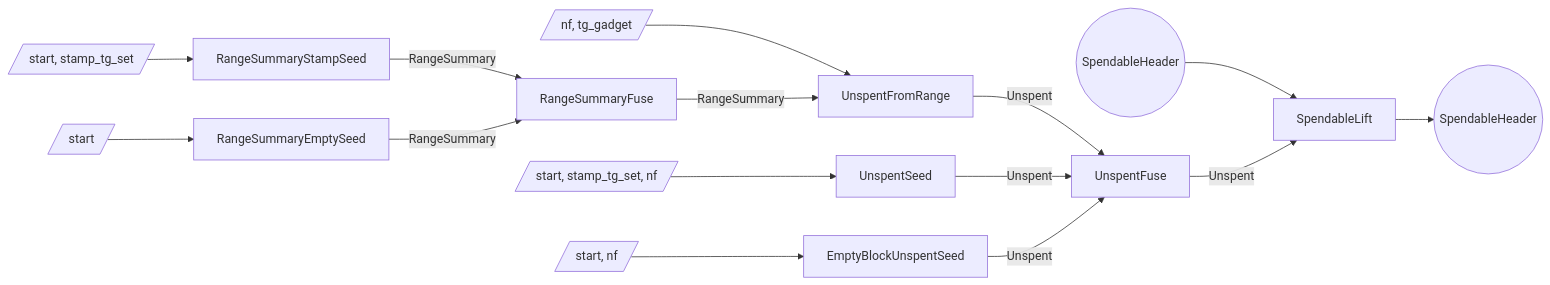
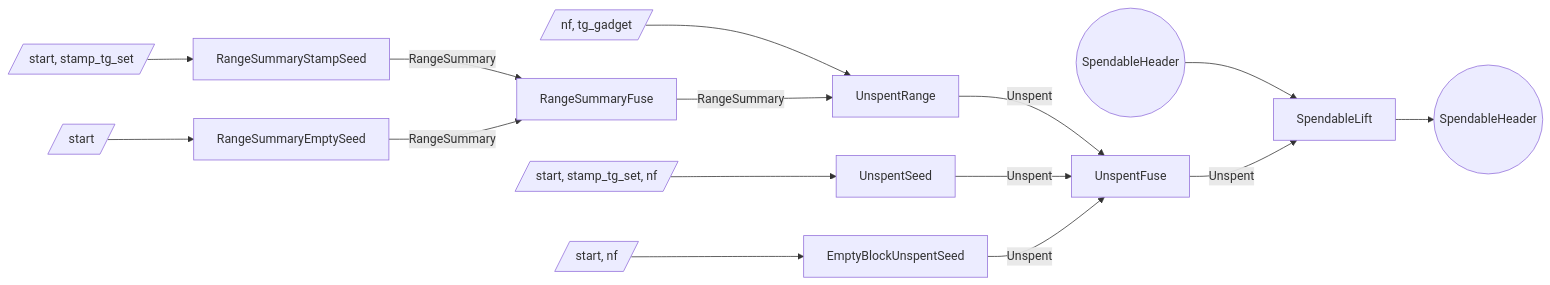
The fourth of 5 diagrams in book/src/proof-tree.md (tachyon-zcash/tachyon), drawn with Mermaid before and after one commit. The commit also changed other lines of this file and 5 other files, not shown here.

````diff
--- a/book/src/proof-tree.md
+++ b/book/src/proof-tree.md
@@ -295,33 +295,33 @@
 ```mermaid
 flowchart LR
   sp_in((SpendableHeader))
   w_seed[/start, stamp_tg_set/]
   s_rseed[RangeSummaryStampSeed]
   w_empty[/start/]
   s_rempty[RangeSummaryEmptySeed]
   s_rfuse[RangeSummaryFuse]
   w_unspent[/nf, tg_gadget/]
-  s_unspent[UnspentFromRange]
+  s_unspent[UnspentRange]
   w_useed[/start, stamp_tg_set, nf/]
   s_useed[UnspentSeed]
   w_uempty[/start, nf/]
   s_uempty[EmptyBlockUnspentSeed]
   s_ufuse[UnspentFuse]
   s_lift[SpendableLift]
   sp_out((SpendableHeader))
 
   w_seed --> s_rseed
   w_empty --> s_rempty
   s_rseed -->|RangeSummary| s_rfuse
   s_rempty -->|RangeSummary| s_rfuse
   w_unspent --> s_unspent
   s_rfuse -->|RangeSummary| s_unspent
   s_unspent -->|Unspent| s_ufuse
   w_useed --> s_useed
   w_uempty --> s_uempty
   s_useed -->|Unspent| s_ufuse
   s_uempty -->|Unspent| s_ufuse
   sp_in --> s_lift
   s_ufuse -->|Unspent| s_lift
   s_lift --> sp_out
 ```
````
